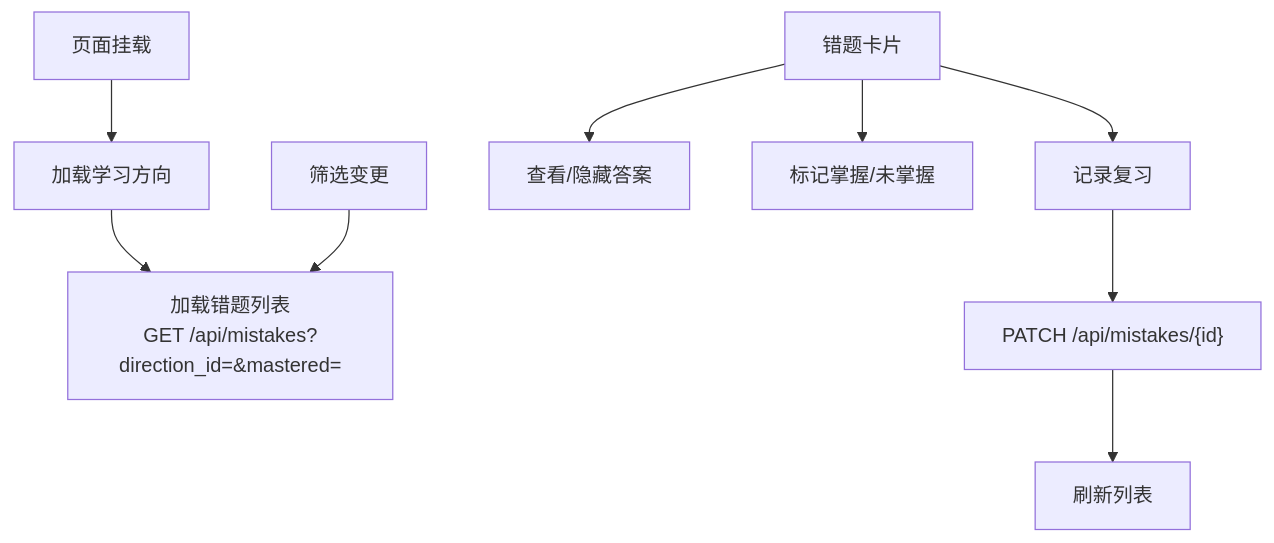
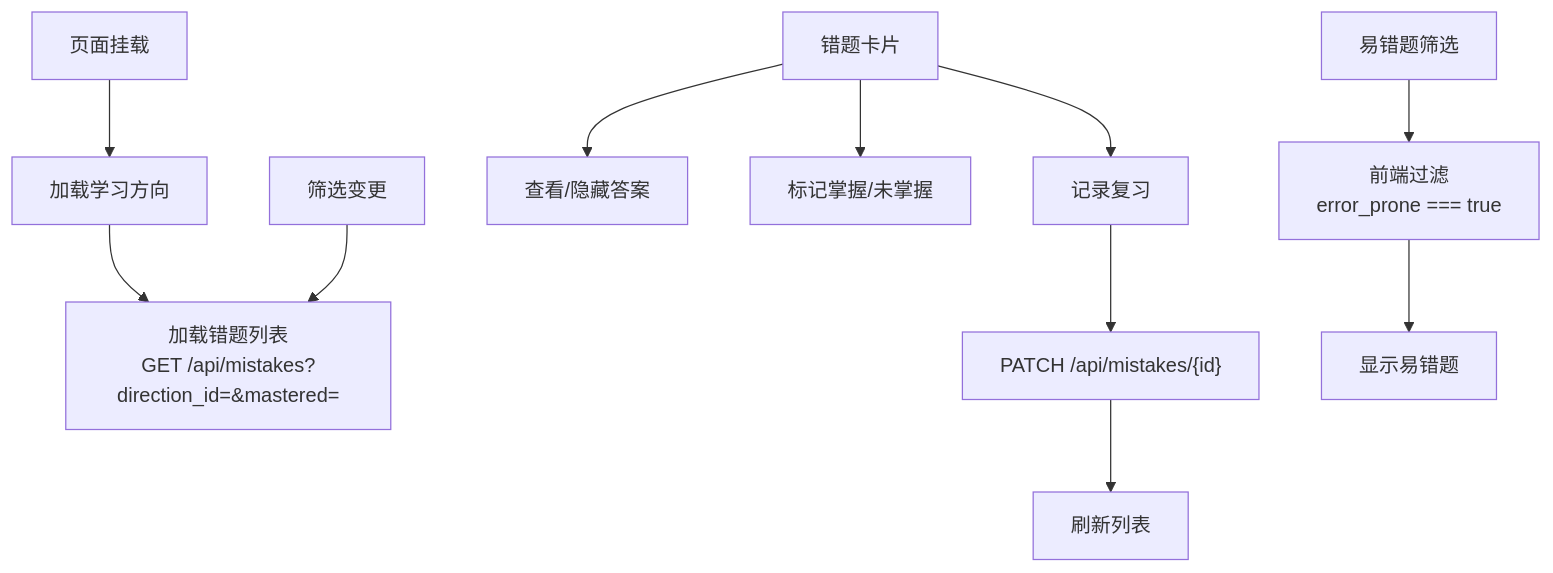
The fourth of 7 diagrams in .qoder/repowiki/zh/content/前端应用架构/视图组件/错题管理组件.md (zhiwenli-jack/personal-learning-manager), drawn with Mermaid before and after one commit. The commit also changed other lines of this file and 12 other files, not shown here.

````diff
--- a/.qoder/repowiki/zh/content/前端应用架构/视图组件/错题管理组件.md
+++ b/.qoder/repowiki/zh/content/前端应用架构/视图组件/错题管理组件.md
@@ -137,11 +148,13 @@
 ```mermaid
 flowchart TD
 PageLoad["页面挂载"] --> LoadDirs["加载学习方向"]
 LoadDirs --> LoadMistakes["加载错题列表<br/>GET /api/mistakes?direction_id=&mastered="]
 Filter["筛选变更"] --> LoadMistakes
 Card["错题卡片"] --> ToggleAns["查看/隐藏答案"]
 Card --> MarkMastered["标记掌握/未掌握"]
 Card --> Review["记录复习"]
 Review --> CallAPI["PATCH /api/mistakes/{id}"]
 CallAPI --> Refresh["刷新列表"]
+ErrorProne["易错题筛选"] --> FrontFilter["前端过滤<br/>error_prone === true"]
+FrontFilter --> Display["显示易错题"]
 ```
````
